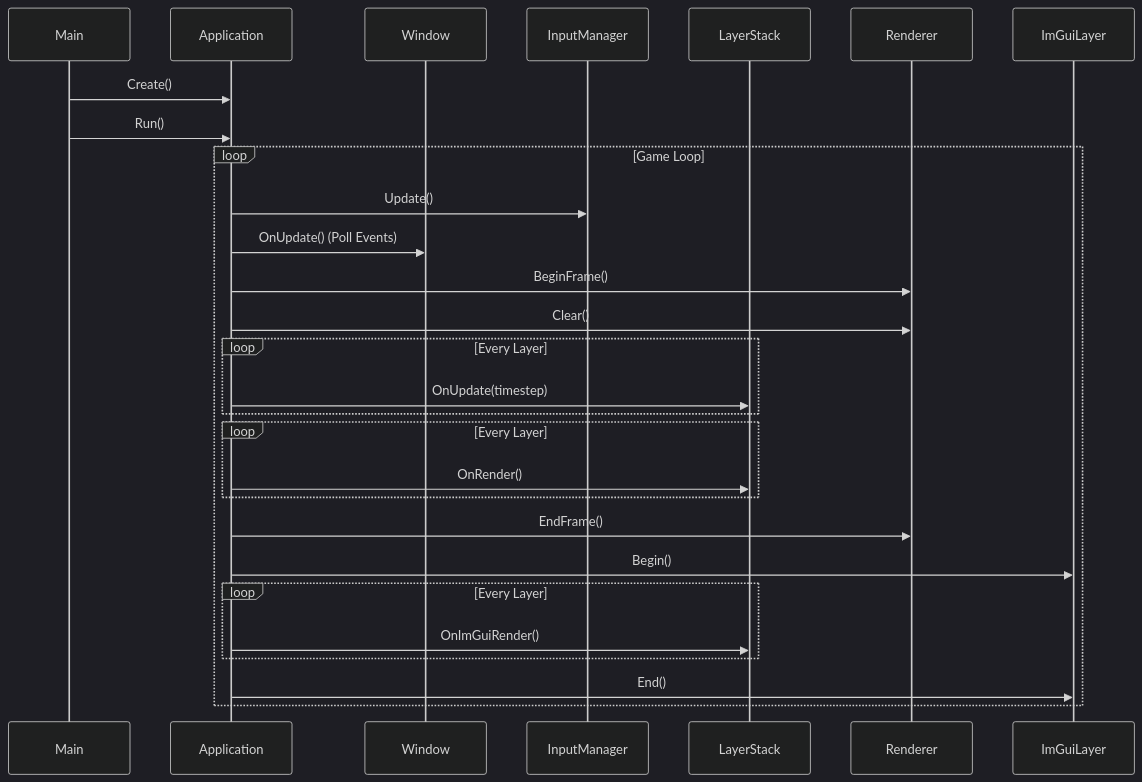
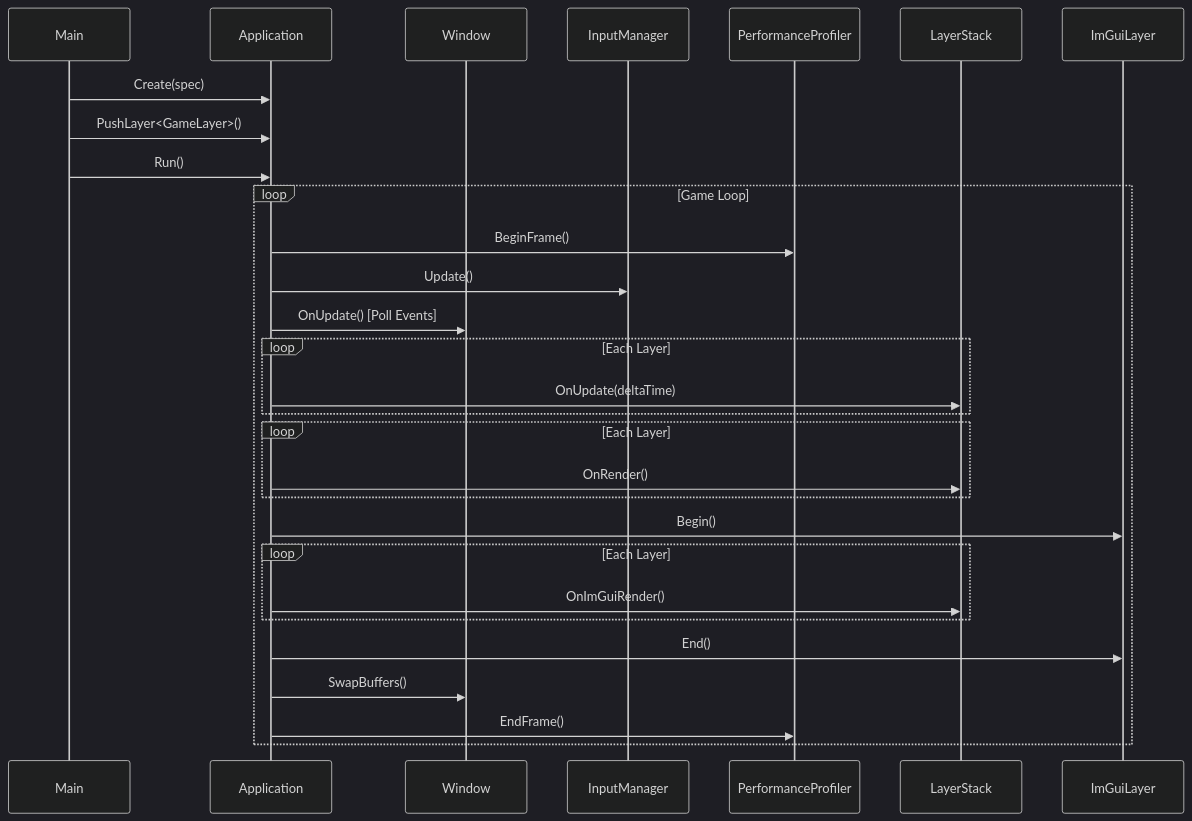
The third of 13 diagrams in docs/Architecture.md (lucas85235/Monster-Engine), drawn with Mermaid (dark theme) before and after one commit. The commit also changed other lines of this file and 31 other files, not shown here.

````diff
--- a/docs/Architecture.md
+++ b/docs/Architecture.md
@@ -64,36 +122,37 @@
 ```mermaid
 sequenceDiagram
     participant Main
     participant App as Application
     participant Win as Window
     participant Input as InputManager
+    participant Profiler as PerformanceProfiler
     participant Layer as LayerStack
-    participant Renderer
     participant ImGui as ImGuiLayer
 
-    Main->>App: Create()
+    Main->>App: Create(spec)
+    Main->>App: PushLayer<GameLayer>()
     Main->>App: Run()
+    
     loop Game Loop
+        App->>Profiler: BeginFrame()
         App->>Input: Update()
-        App->>Win: OnUpdate() (Poll Events)
+        App->>Win: OnUpdate() [Poll Events]
         
-        App->>Renderer: BeginFrame()
-        App->>Renderer: Clear()
-        
-        loop Every Layer
-            App->>Layer: OnUpdate(timestep)
+        loop Each Layer
+            App->>Layer: OnUpdate(deltaTime)
         end
         
-        loop Every Layer
+        loop Each Layer
             App->>Layer: OnRender()
         end
         
-        App->>Renderer: EndFrame()
-        
         App->>ImGui: Begin()
-        loop Every Layer
+        loop Each Layer
             App->>Layer: OnImGuiRender()
         end
         App->>ImGui: End()
+        
+        App->>Win: SwapBuffers()
+        App->>Profiler: EndFrame()
     end
 ```
````
